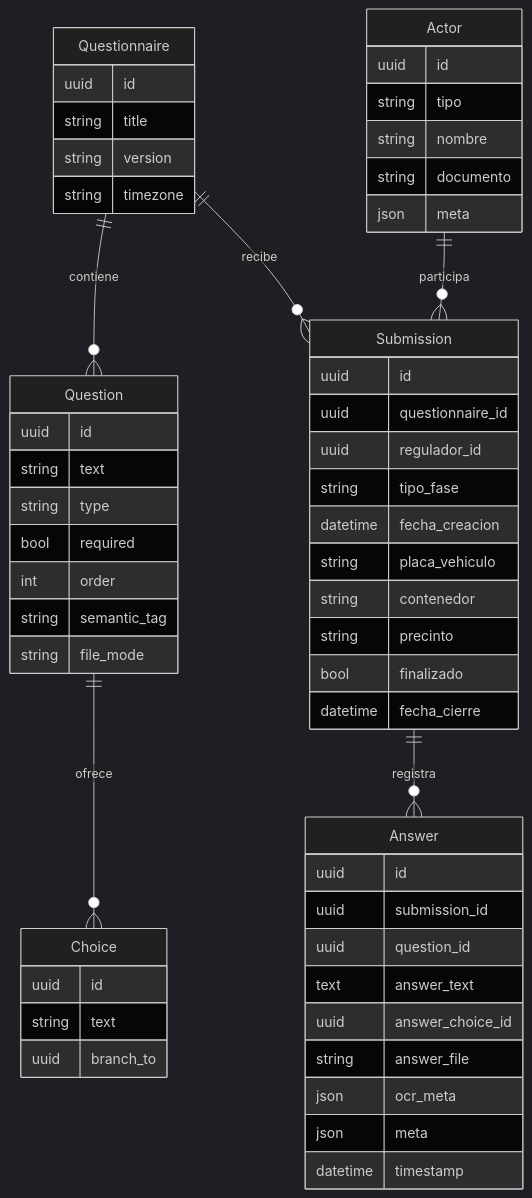
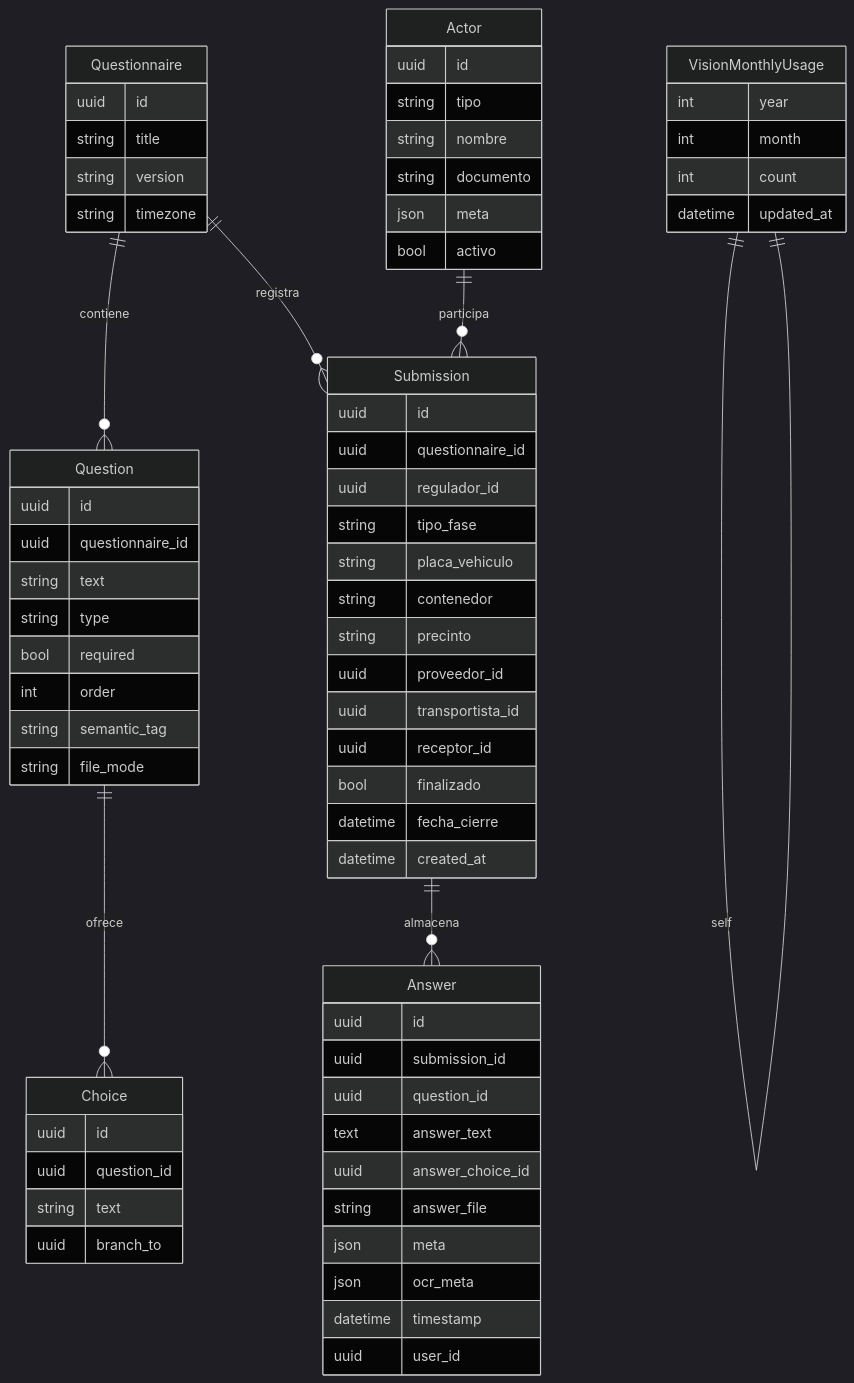
Before and after one commit to practicantealmacenamiento/SIGIM: the fourth of 5 diagrams in BACK_FormContainers/docs/05_Arquitectura_y_Disenio/Diagramas_y_Modelos.md, drawn with Mermaid (dark theme). The commit also changed other lines of this file and 76 other files, not shown here.

````diff
--- a/BACK_FormContainers/docs/05_Arquitectura_y_Disenio/Diagramas_y_Modelos.md
+++ b/BACK_FormContainers/docs/05_Arquitectura_y_Disenio/Diagramas_y_Modelos.md
@@ -31,59 +51,73 @@
 ```mermaid
 erDiagram
     Questionnaire ||--o{ Question : contiene
     Question ||--o{ Choice : ofrece
-    Questionnaire ||--o{ Submission : recibe
-    Submission ||--o{ Answer : registra
+    Questionnaire ||--o{ Submission : registra
+    Submission ||--o{ Answer : almacena
     Actor ||--o{ Submission : participa
+    VisionMonthlyUsage ||--|| VisionMonthlyUsage : self
 
     Questionnaire {
         uuid id
         string title
         string version
         string timezone
     }
     Question {
         uuid id
+        uuid questionnaire_id
         string text
         string type
         bool required
         int order
         string semantic_tag
         string file_mode
     }
     Choice {
         uuid id
+        uuid question_id
         string text
         uuid branch_to
     }
     Submission {
         uuid id
         uuid questionnaire_id
         uuid regulador_id
         string tipo_fase
-        datetime fecha_creacion
         string placa_vehiculo
         string contenedor
         string precinto
+        uuid proveedor_id
+        uuid transportista_id
+        uuid receptor_id
         bool finalizado
         datetime fecha_cierre
+        datetime created_at
     }
     Answer {
         uuid id
         uuid submission_id
         uuid question_id
         text answer_text
         uuid answer_choice_id
         string answer_file
+        json meta
         json ocr_meta
-        json meta
         datetime timestamp
+        uuid user_id
     }
     Actor {
         uuid id
         string tipo
         string nombre
         string documento
         json meta
+        bool activo
+    }
+    VisionMonthlyUsage {
+        int year
+        int month
+        int count
+        datetime updated_at
     }
 ```
````
